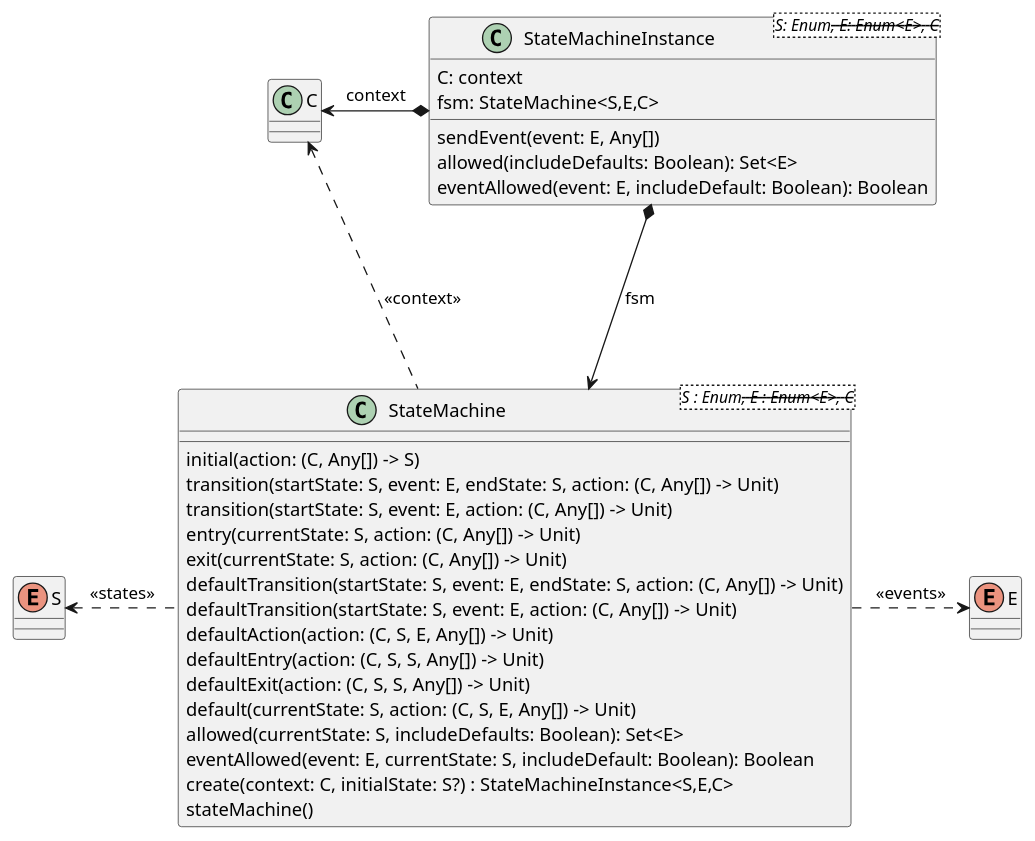
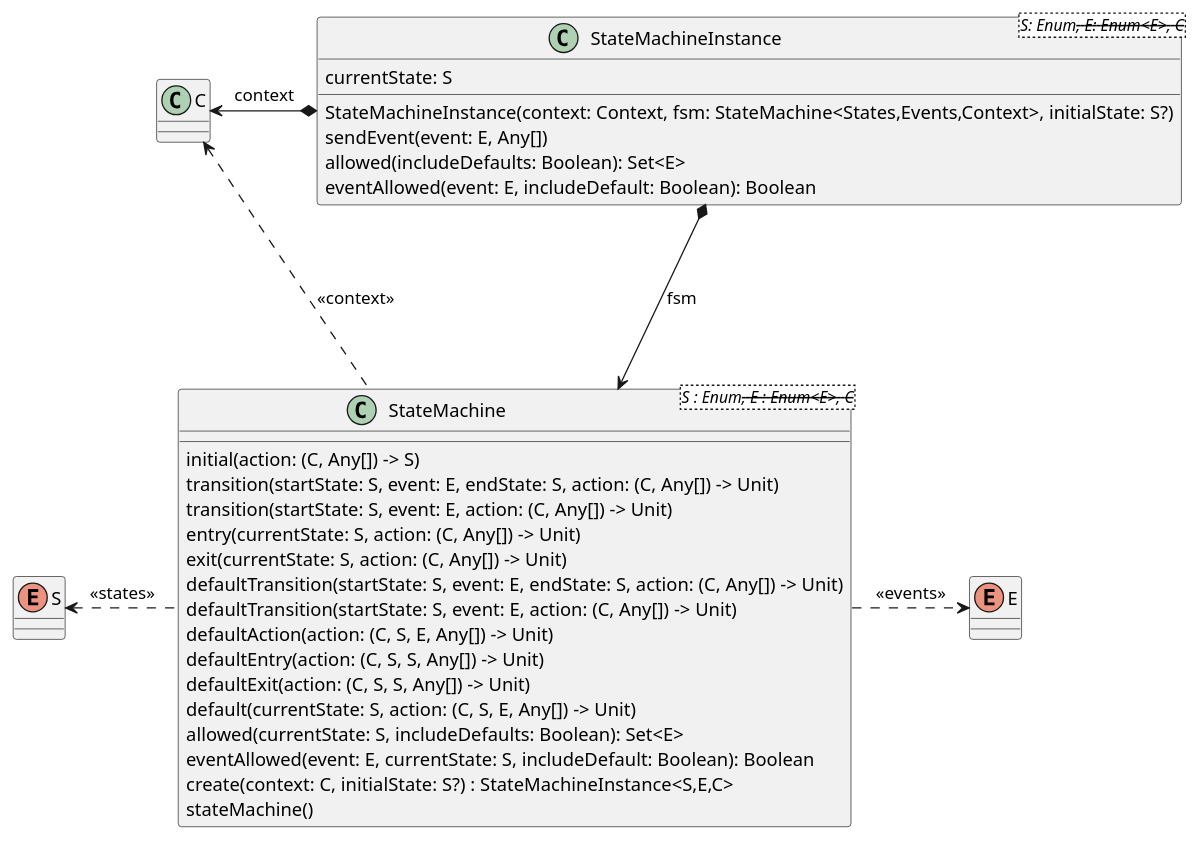
The diagram in src/doc/plantuml/statemachine-model.plantuml (open-jumpco/kfsm), drawn with PlantUML before and after one commit. The commit also changed 16 other files, not shown here.

```diff
--- a/src/doc/plantuml/statemachine-model.plantuml
+++ b/src/doc/plantuml/statemachine-model.plantuml
@@ -1,43 +1,43 @@
 @startuml
 
 class C {
 }
 enum S {
 }
 enum E {
 }
 
 class StateMachine<S : Enum<S>, E : Enum<E>, C> {
     initial(action: (C, Any[]) -> S)
     transition(startState: S, event: E, endState: S, action: (C, Any[]) -> Unit)
     transition(startState: S, event: E, action: (C, Any[]) -> Unit)
     entry(currentState: S, action: (C, Any[]) -> Unit)
     exit(currentState: S, action: (C, Any[]) -> Unit)
     defaultTransition(startState: S, event: E, endState: S, action: (C, Any[]) -> Unit)
     defaultTransition(startState: S, event: E, action: (C, Any[]) -> Unit)
     defaultAction(action: (C, S, E, Any[]) -> Unit)
     defaultEntry(action: (C, S, S, Any[]) -> Unit)
     defaultExit(action: (C, S, S, Any[]) -> Unit)
     default(currentState: S, action: (C, S, E, Any[]) -> Unit)
     allowed(currentState: S, includeDefaults: Boolean): Set<E>
     eventAllowed(event: E, currentState: S, includeDefault: Boolean): Boolean
     create(context: C, initialState: S?) : StateMachineInstance<S,E,C>
     stateMachine()
 }
 
 class StateMachineInstance<S: Enum<S>, E: Enum<E>, C> {
-    C: context
-    fsm: StateMachine<S,E,C>
+    StateMachineInstance(context: Context, fsm: StateMachine<States,Events,Context>, initialState: S?)
+    currentState: S
     sendEvent(event: E, Any[])
     allowed(includeDefaults: Boolean): Set<E>
     eventAllowed(event: E, includeDefault: Boolean): Boolean
 }
 
 StateMachine .left.> S : <<states>>
 StateMachine .right.> E : <<events>>
 StateMachine .up.> C : <<context>>
 
 StateMachineInstance *---> StateMachine : fsm
 StateMachineInstance *-left-> C : context
 
 @enduml
```
